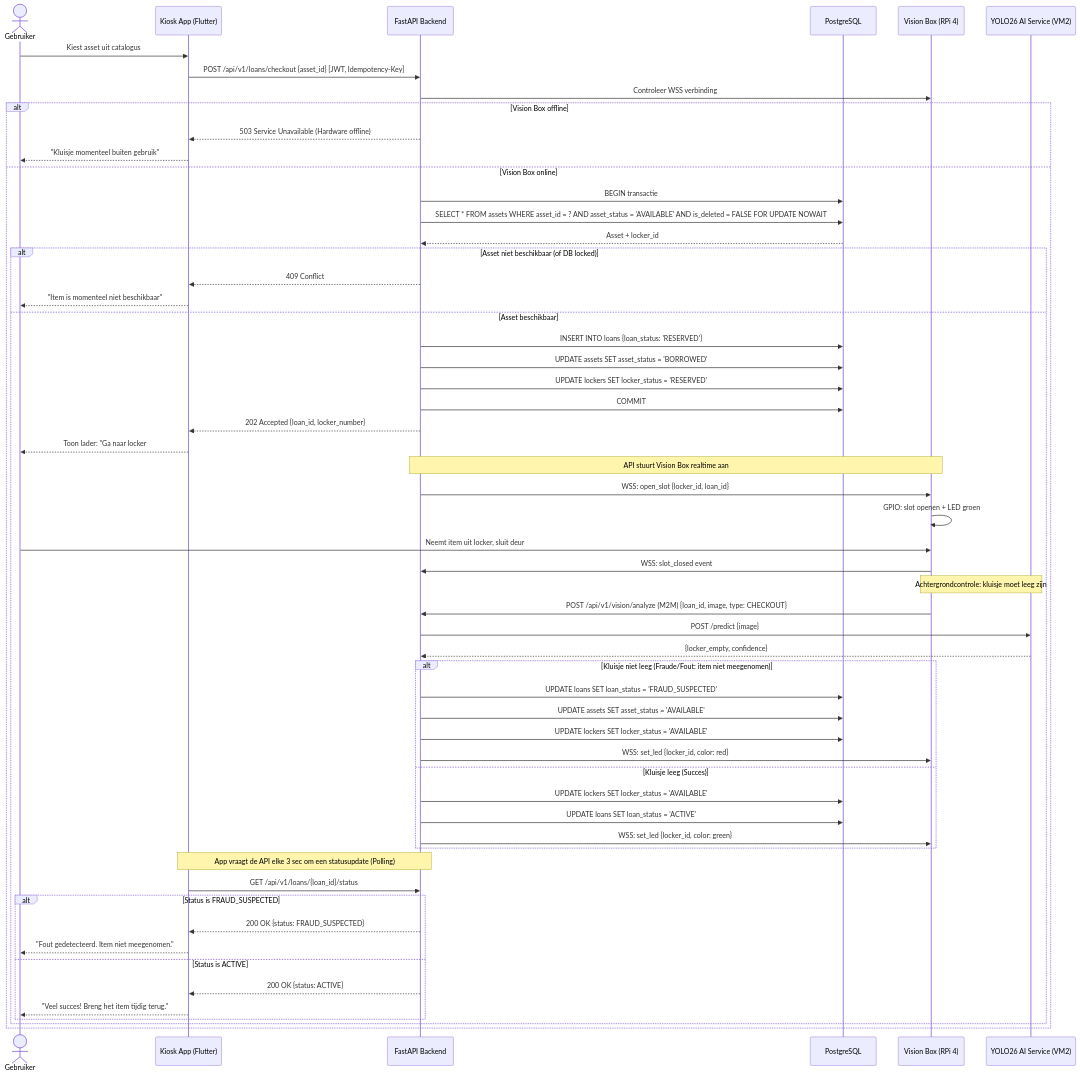
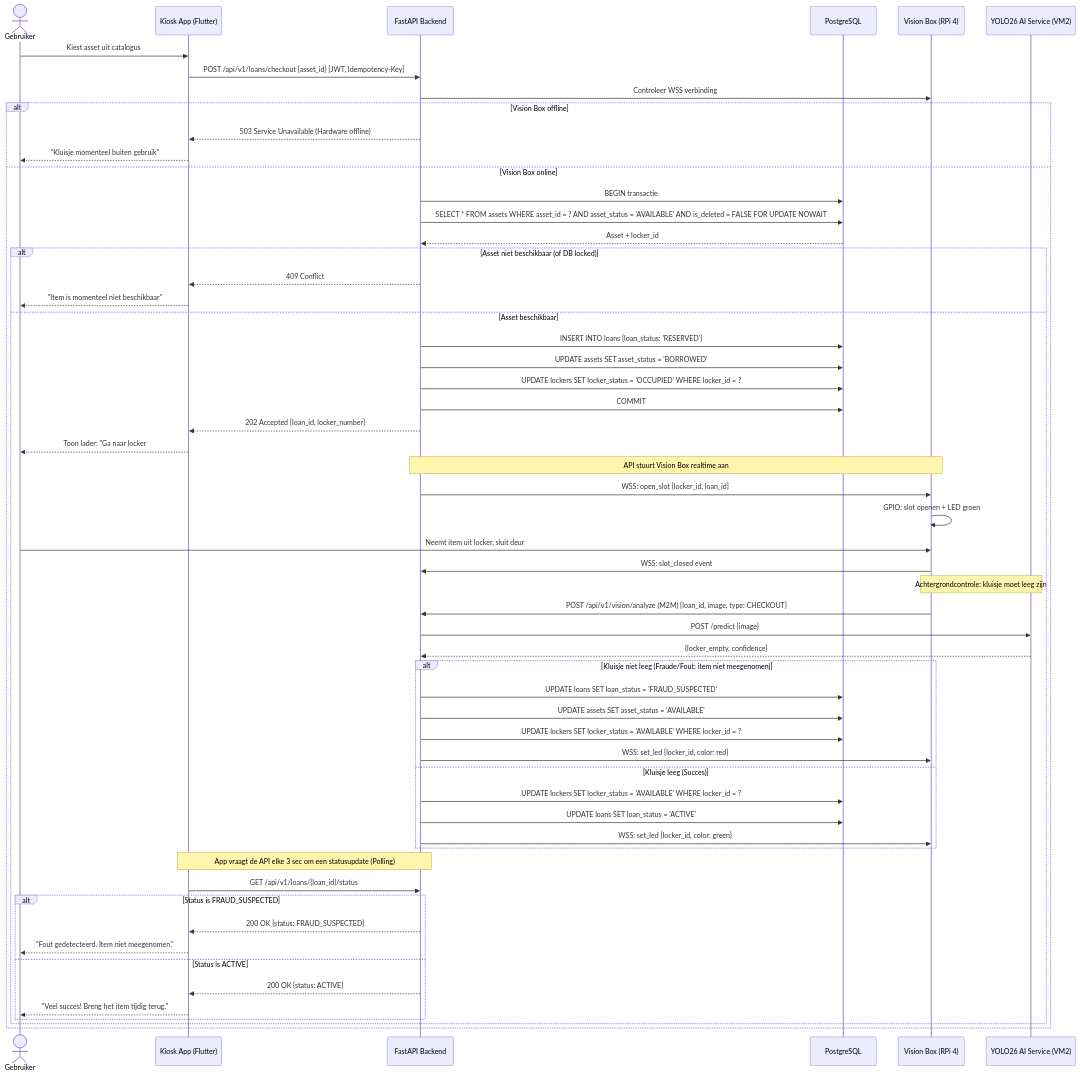
One commit to easylend-practice-enterprise/easylend changed the diagram in docs/diagrams/sequence_checkout.mmd. Above: the diagram before and after it, drawn with Mermaid.

Commit message:
Potential fix for pull request finding

```diff
--- a/docs/diagrams/sequence_checkout.mmd
+++ b/docs/diagrams/sequence_checkout.mmd
@@ -1,66 +1,66 @@
 sequenceDiagram
     actor User as Gebruiker
     participant App as Kiosk App (Flutter)
     participant API as FastAPI Backend
     participant DB as PostgreSQL
     participant VB as Vision Box (RPi 4)
     participant AI as YOLO26 AI Service (VM2)
 
     User->>App: Kiest asset uit catalogus
     App->>API: POST /api/v1/loans/checkout {asset_id} [JWT, Idempotency-Key]
     
     API->>VB: Controleer WSS verbinding
     alt Vision Box offline
         API-->>App: 503 Service Unavailable (Hardware offline)
         App-->>User: "Kluisje momenteel buiten gebruik"
     else Vision Box online
         API->>DB: BEGIN transactie
         API->>DB: SELECT * FROM assets WHERE asset_id = ? AND asset_status = 'AVAILABLE' AND is_deleted = FALSE FOR UPDATE NOWAIT
         DB-->>API: Asset + locker_id
 
         alt Asset niet beschikbaar (of DB locked)
             API-->>App: 409 Conflict
             App-->>User: "Item is momenteel niet beschikbaar"
         else Asset beschikbaar
             API->>DB: INSERT INTO loans {loan_status: 'RESERVED'}
             API->>DB: UPDATE assets SET asset_status = 'BORROWED'
-            API->>DB: UPDATE lockers SET locker_status = 'RESERVED'
+            API->>DB: UPDATE lockers SET locker_status = 'OCCUPIED' WHERE locker_id = ?
             API->>DB: COMMIT
             API-->>App: 202 Accepted {loan_id, locker_number}
             App-->>User: Toon lader: "Ga naar locker #N"
 
         Note over API,VB: API stuurt Vision Box realtime aan
         API->>VB: WSS: open_slot {locker_id, loan_id}
         VB->>VB: GPIO: slot openen + LED groen
 
         User->>VB: Neemt item uit locker, sluit deur
         VB->>API: WSS: slot_closed event
 
         Note over VB,AI: Achtergrondcontrole: kluisje moet leeg zijn
         VB->>API: POST /api/v1/vision/analyze (M2M) {loan_id, image, type: CHECKOUT}
         API->>AI: POST /predict {image}
         AI-->>API: {locker_empty, confidence}
 
         alt Kluisje niet leeg (Fraude/Fout: item niet meegenomen)
             API->>DB: UPDATE loans SET loan_status = 'FRAUD_SUSPECTED'
             API->>DB: UPDATE assets SET asset_status = 'AVAILABLE'
-            API->>DB: UPDATE lockers SET locker_status = 'AVAILABLE'
+            API->>DB: UPDATE lockers SET locker_status = 'AVAILABLE' WHERE locker_id = ?
             API->>VB: WSS: set_led {locker_id, color: red}
         else Kluisje leeg (Succes)
-            API->>DB: UPDATE lockers SET locker_status = 'AVAILABLE'
+            API->>DB: UPDATE lockers SET locker_status = 'AVAILABLE' WHERE locker_id = ?
             API->>DB: UPDATE loans SET loan_status = 'ACTIVE'
             API->>VB: WSS: set_led {locker_id, color: green}
         end
 
         Note over App,API: App vraagt de API elke 3 sec om een statusupdate (Polling)
         App->>API: GET /api/v1/loans/{loan_id}/status
         
         alt Status is FRAUD_SUSPECTED
             API-->>App: 200 OK {status: FRAUD_SUSPECTED}
             App-->>User: "Fout gedetecteerd. Item niet meegenomen."
         else Status is ACTIVE
             API-->>App: 200 OK {status: ACTIVE}
             App-->>User: "Veel succes! Breng het item tijdig terug."
         end
     end
 end
```
